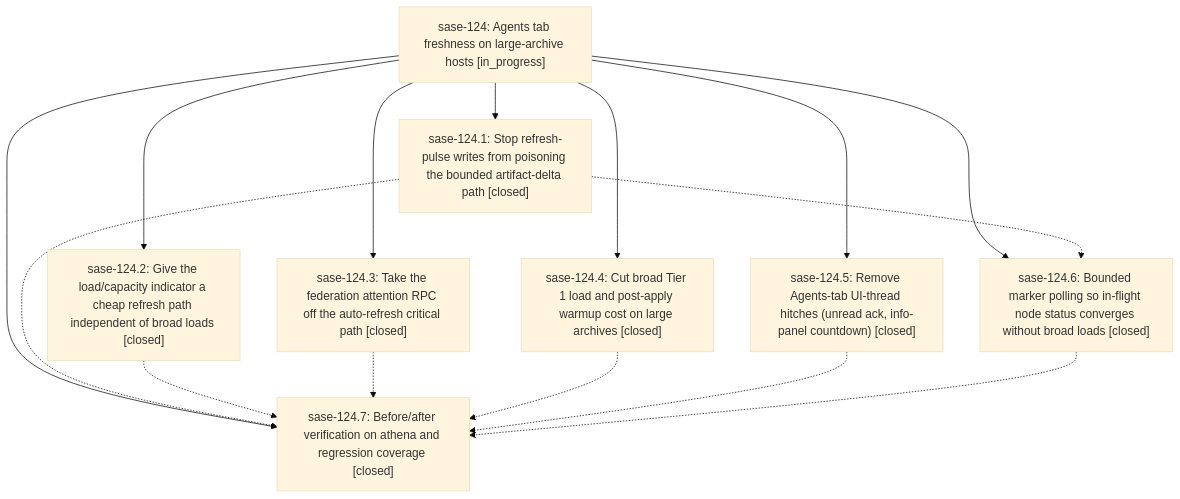
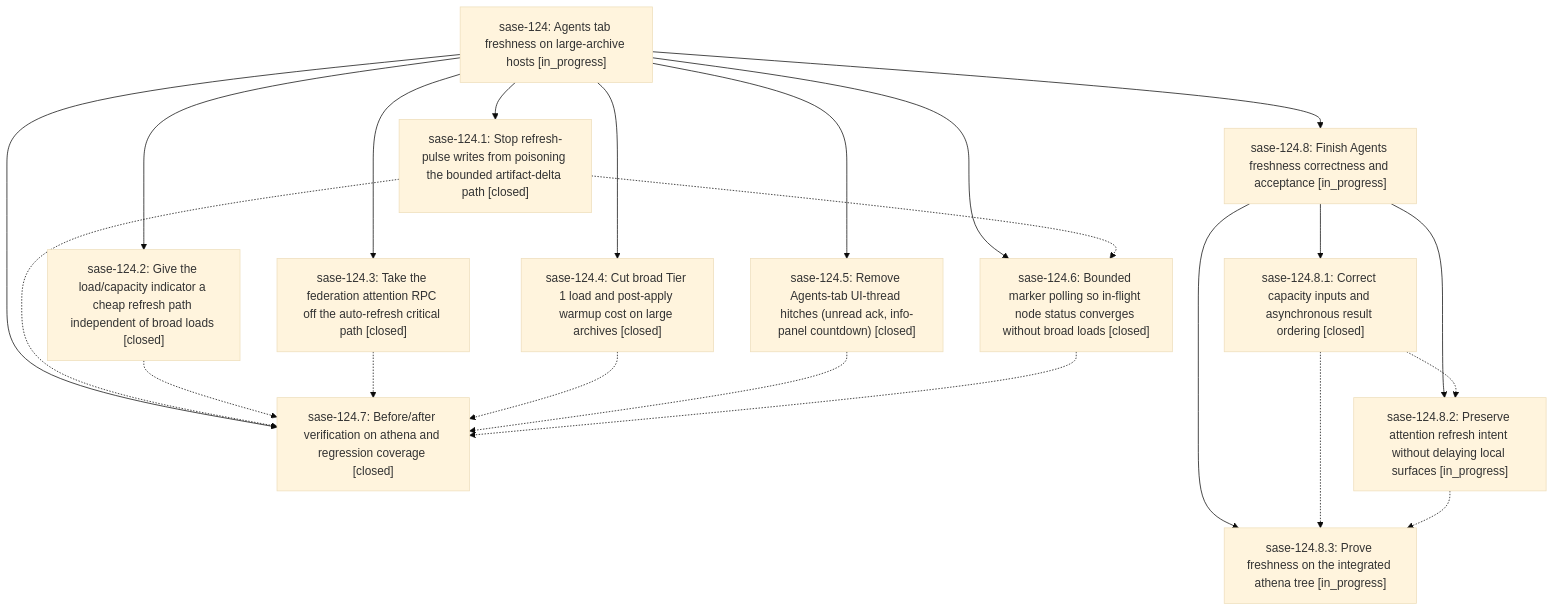
The diagram in pages/sase-124/README.md (sase-org/sase--beads), drawn with Mermaid (base theme) before and after one commit. The commit also changed other lines of this file and 4 other files, not shown here.

````diff
--- a/pages/sase-124/README.md
+++ b/pages/sase-124/README.md
@@ -32,25 +46,36 @@
 ```mermaid
 flowchart TD
     n0["sase-124: Agents tab freshness on large-archive hosts [in_progress]"]
     n1["sase-124.1: Stop refresh-pulse writes from poisoning the bounded artifact-delta path [closed]"]
     n2["sase-124.2: Give the load/capacity indicator a cheap refresh path independent of broad loads [closed]"]
     n3["sase-124.3: Take the federation attention RPC off the auto-refresh critical path [closed]"]
     n4["sase-124.4: Cut broad Tier 1 load and post-apply warmup cost on large archives [closed]"]
     n5["sase-124.5: Remove Agents-tab UI-thread hitches (unread ack, info-panel countdown) [closed]"]
     n6["sase-124.6: Bounded marker polling so in-flight node status converges without broad loads [closed]"]
     n7["sase-124.7: Before/after verification on athena and regression coverage [closed]"]
+    n8["sase-124.8: Finish Agents freshness correctness and acceptance [in_progress]"]
+    n9["sase-124.8.1: Correct capacity inputs and asynchronous result ordering [closed]"]
+    n10["sase-124.8.2: Preserve attention refresh intent without delaying local surfaces [in_progress]"]
+    n11["sase-124.8.3: Prove freshness on the integrated athena tree [in_progress]"]
     n0 --> n1
     n0 --> n2
     n0 --> n3
     n0 --> n4
     n0 --> n5
     n0 --> n6
     n0 --> n7
+    n0 --> n8
+    n8 --> n9
+    n8 --> n10
+    n8 --> n11
     n1 -.-> n6
     n1 -.-> n7
     n2 -.-> n7
     n3 -.-> n7
     n4 -.-> n7
     n5 -.-> n7
     n6 -.-> n7
+    n9 -.-> n10
+    n9 -.-> n11
+    n10 -.-> n11
 ```
````
